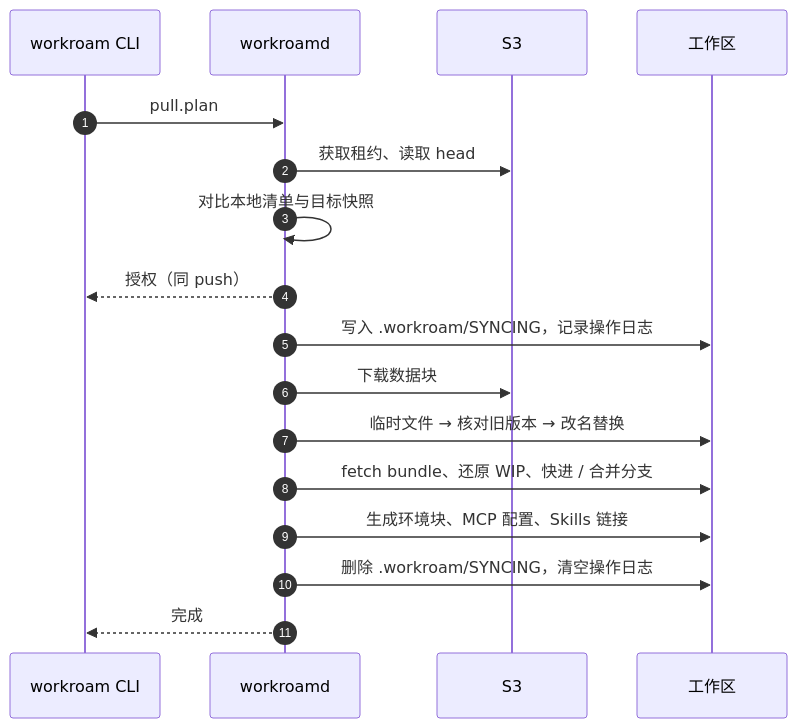
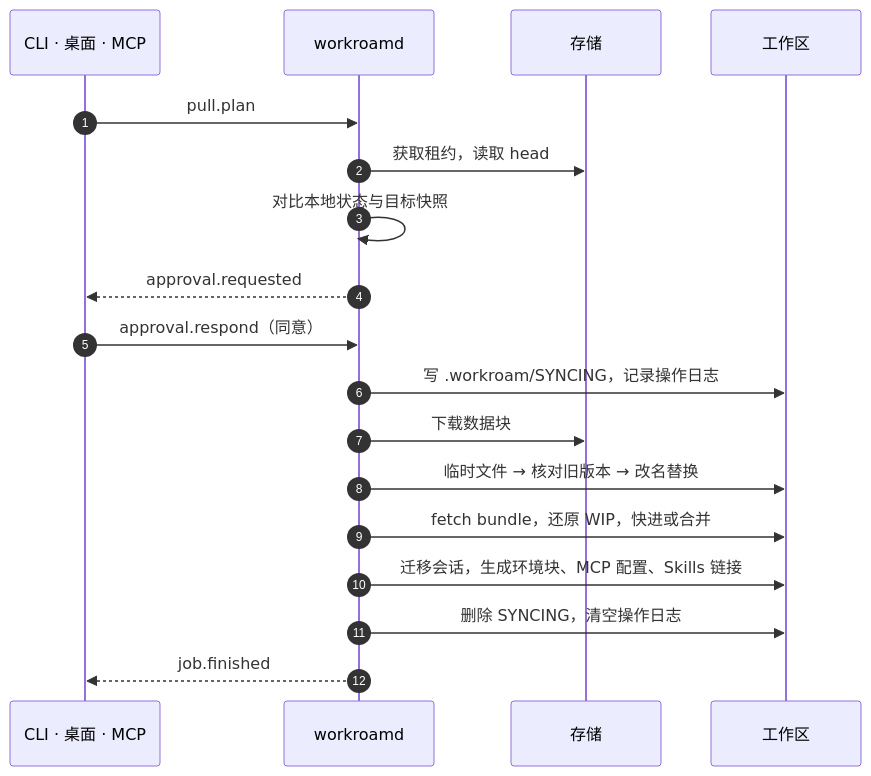
Before and after one commit to kverona-ai/workroam: the seventh of 10 diagrams in docs/architecture.md, drawn with Mermaid. The commit also changed other lines of this file and 15 other files, not shown here.

First line of the commit message:
docs: first complete PRD and architecture targeting v0.3

````diff
--- a/docs/architecture.md
+++ b/docs/architecture.md
@@ -379,19 +533,20 @@
 ```mermaid
 sequenceDiagram
     autonumber
-    participant C as workroam CLI
+    participant C as CLI · 桌面 · MCP
     participant D as workroamd
-    participant S as S3
+    participant S as 存储
     participant W as 工作区
     C->>D: pull.plan
-    D->>S: 获取租约、读取 head
-    D->>D: 对比本地清单与目标快照
-    D-->>C: 授权（同 push）
-    D->>W: 写入 .workroam/SYNCING，记录操作日志
+    D->>S: 获取租约，读取 head
+    D->>D: 对比本地状态与目标快照
+    D-->>C: approval.requested
+    C->>D: approval.respond（同意）
+    D->>W: 写 .workroam/SYNCING，记录操作日志
     D->>S: 下载数据块
     D->>W: 临时文件 → 核对旧版本 → 改名替换
-    D->>W: fetch bundle、还原 WIP、快进 / 合并分支
-    D->>W: 生成环境块、MCP 配置、Skills 链接
-    D->>W: 删除 .workroam/SYNCING，清空操作日志
-    D-->>C: 完成
+    D->>W: fetch bundle，还原 WIP，快进或合并
+    D->>W: 迁移会话，生成环境块、MCP 配置、Skills 链接
+    D->>W: 删除 SYNCING，清空操作日志
+    D-->>C: job.finished
 ```
````
